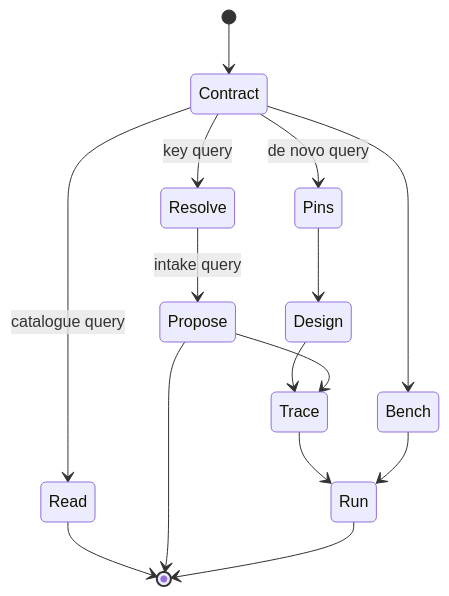
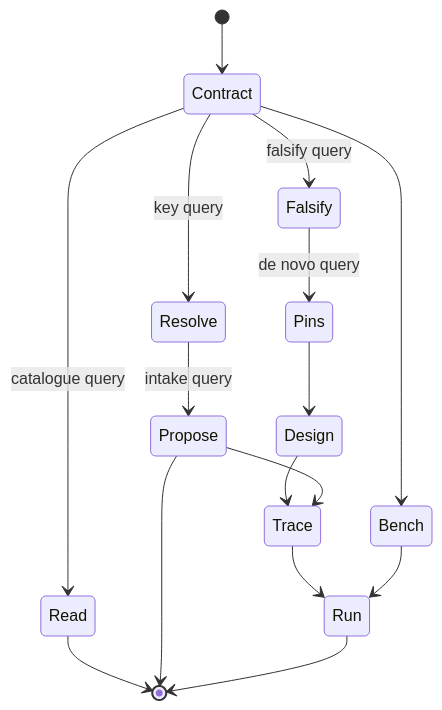
The diagram in docs/read-repository.md (wetware-hq/catalog), drawn with Mermaid before and after one commit. The commit also changed other lines of this file and 12 other files, not shown here.

````diff
--- a/docs/read-repository.md
+++ b/docs/read-repository.md
@@ -74,17 +75,18 @@
 ```mermaid
 stateDiagram-v2
     [*] --> Contract
     Contract --> Read: catalogue query
     Contract --> Resolve: key query
     Resolve --> Propose: intake query
-    Contract --> Pins: de novo query
+    Contract --> Falsify: falsify query
+    Falsify --> Pins: de novo query
     Pins --> Design
     Design --> Trace
     Propose --> Trace
     Contract --> Bench
     Trace --> Run
     Bench --> Run
     Read --> [*]
     Propose --> [*]
     Run --> [*]
 ```
````
